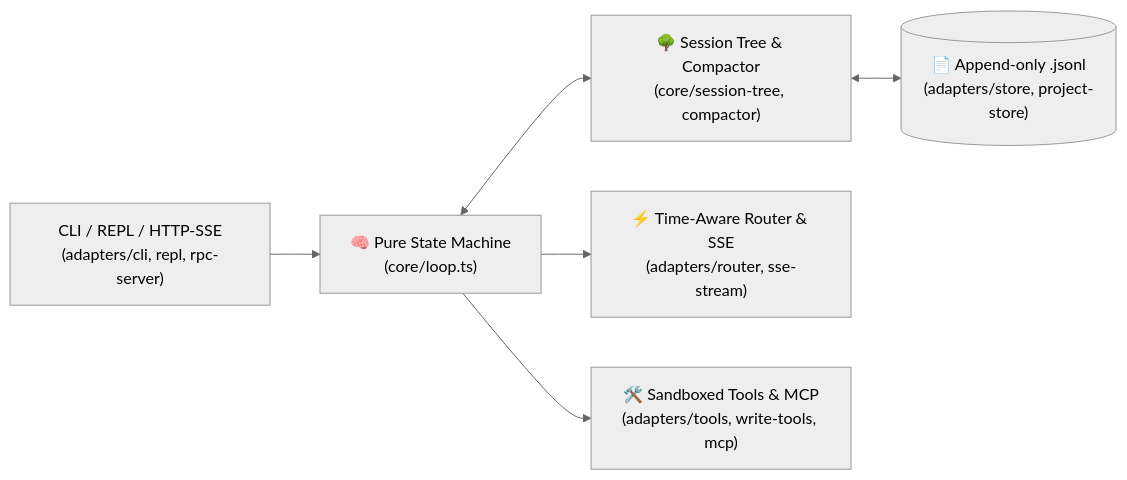
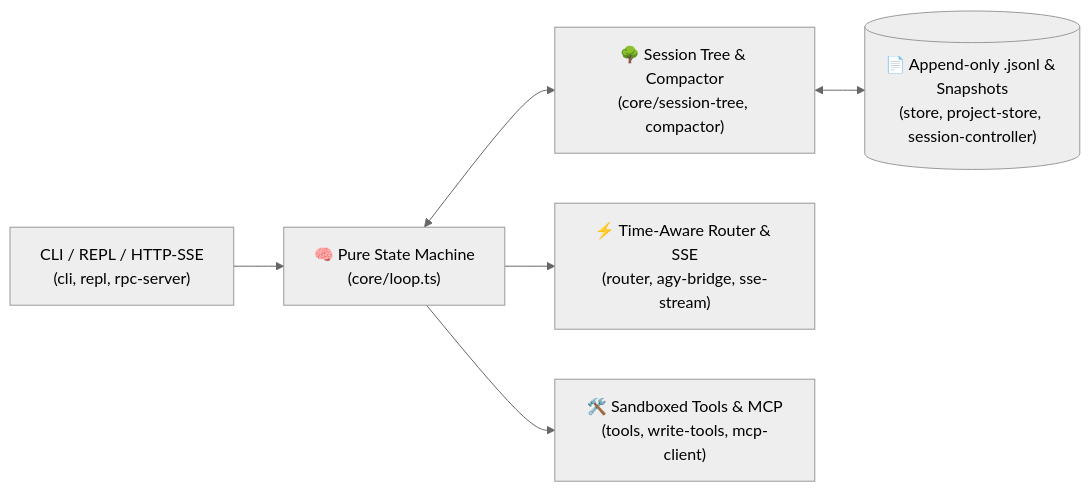
One commit to gow1080p/duo-harness changed the diagram in README.md. Above: the diagram before and after it, drawn with Mermaid (neutral theme). The commit also changed other lines of this file and 19 other files, not shown here.

````diff
--- a/README.md
+++ b/README.md
@@ -60,8 +62,8 @@
 ```mermaid
 flowchart LR
-  CLI["CLI / REPL / HTTP-SSE\n(adapters/cli, repl, rpc-server)"] --> Loop["🧠 Pure State Machine\n(core/loop.ts)"]
+  CLI["CLI / REPL / HTTP-SSE\n(cli, repl, rpc-server)"] --> Loop["🧠 Pure State Machine\n(core/loop.ts)"]
   Loop <--> Tree["🌳 Session Tree & Compactor\n(core/session-tree, compactor)"]
-  Loop --> Router["⚡ Time-Aware Router & SSE\n(adapters/router, sse-stream)"]
-  Loop --> Sandbox["🛠️ Sandboxed Tools & MCP\n(adapters/tools, write-tools, mcp)"]
-  Tree <--> Store[("📄 Append-only .jsonl\n(adapters/store, project-store)")]
+  Loop --> Router["⚡ Time-Aware Router & SSE\n(router, agy-bridge, sse-stream)"]
+  Loop --> Sandbox["🛠️ Sandboxed Tools & MCP\n(tools, write-tools, mcp-client)"]
+  Tree <--> Store[("📄 Append-only .jsonl & Snapshots\n(store, project-store, session-controller)")]
 ```
````
